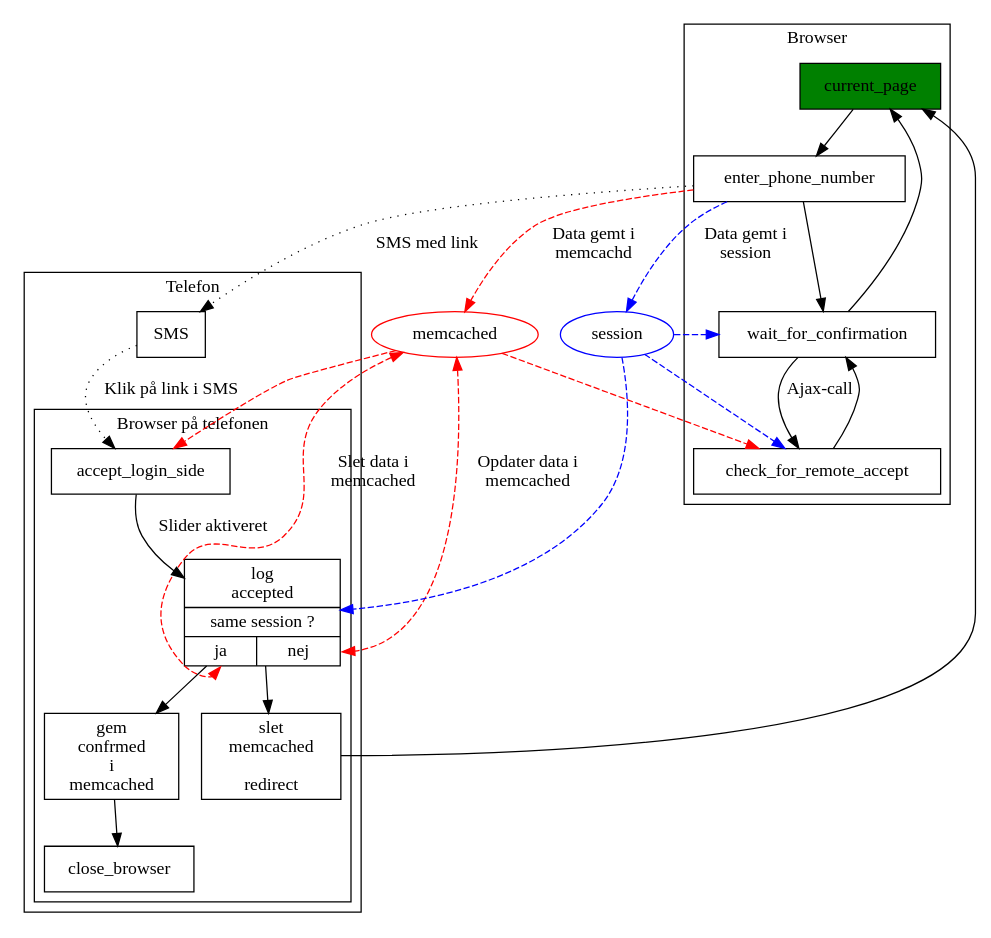
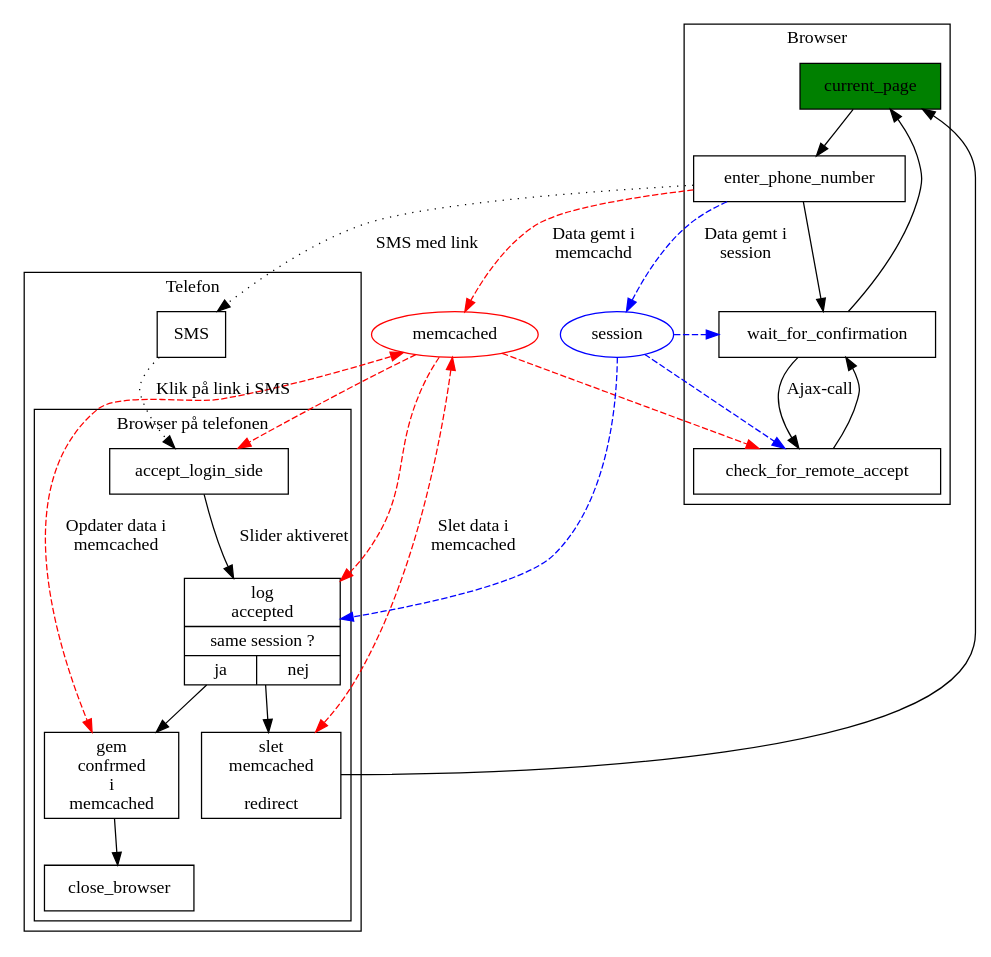
Before and after one commit to alslug/alslug.dk: the diagram in projekter/sms-login.dot, drawn with Graphviz.

```diff
--- a/projekter/sms-login.dot
+++ b/projekter/sms-login.dot
@@ -1,46 +1,47 @@
 digraph xxx {
   node [ shape=box ];
   {
     edge [ style=dashed color=red ];
     enter_phone_number -> memcached [ label="Data gemt i \nmemcachd"]; /////
                           memcached [ shape=ellipse color=red ];
                           memcached -> check_for_remote_accept;
                           memcached -> accept_login_side;
-                          memcached -> login_accepted:ja [ label = "Slet data i \nmemcached" dir=both ];
-                          memcached -> login_accepted:nej [ label = "Opdater data i \nmemcached" dir=both ];
+                          memcached -> login_accepted;
+                          memcached -> login_accepted_ja [ label = "Slet data i \nmemcached" dir=both ];
+                          memcached -> login_accepted_nej [ label = "Opdater data i \nmemcached" dir=both ];
     edge [ style=dashed color=blue ];
         enter_phone_number -> session [ label="Data gemt i \nsession"];    /////
                               session [ shape=ellipse color=blue ];
                               session -> wait_for_confirmation;
                               session -> check_for_remote_accept;
                               session -> login_accepted;
   }
   subgraph cluster_browser {
     label = "Browser";
     current_page [ style=filled fillcolor=green ];
     current_page -> enter_phone_number -> wait_for_confirmation;
                                           wait_for_confirmation -> check_for_remote_accept [ label="Ajax-call" ];
                                           wait_for_confirmation -> check_for_remote_accept [ dir=back ];
     current_page -> wait_for_confirmation [ dir=back ];
   }
   subgraph cluster_telefon {
     label = "Telefon";
     SMS;
     subgraph cluster_telefon_browser {
       label = "Browser på telefonen";
       login_accepted [ shape=record label="{log \n accepted | same session ?|{ <ja> ja | <nej> nej }}" ];
       login_accepted_ja  [ label="slet \n memcached \n \n redirect"  ];
       login_accepted_nej [ label="gem \n confrmed \n i \n memcached" ];
       accept_login_side -> login_accepted [ label="Slider aktiveret" ];
                            login_accepted -> login_accepted_ja;
                            login_accepted -> login_accepted_nej;
       current_page -> login_accepted_ja [ dir=back ];
                       login_accepted_nej -> close_browser;
     }
   }
   {
     edge [ style= dotted ];
     enter_phone_number -> SMS [ label="SMS med link"];
     SMS -> accept_login_side [ label="Klik på link i SMS" ];
   }
 }
```
